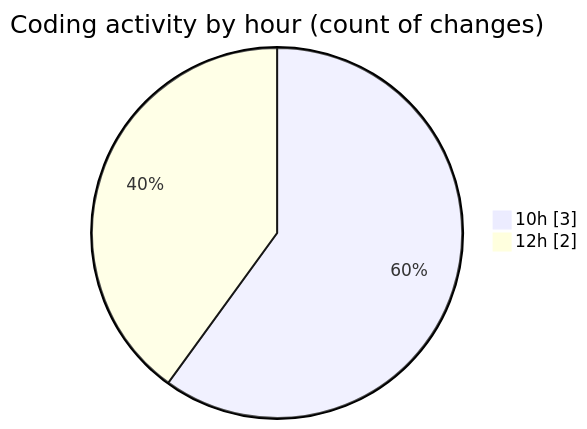
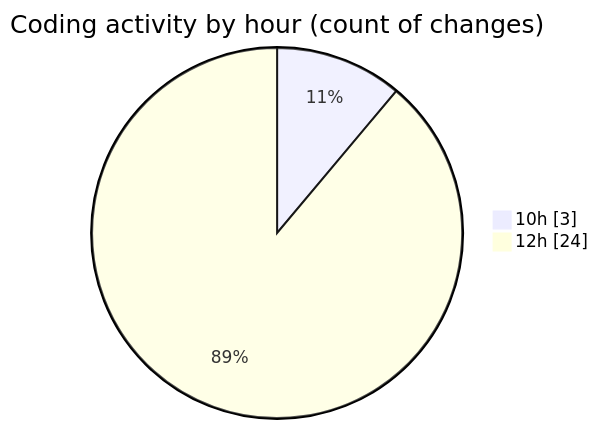
One commit to momahboobian/code-tracking changed the second of 2 diagrams in 2026-10-07/cda/README.md. Above: the diagram before and after it, drawn with Mermaid. The commit also changed other lines of this file and 1 other file, not shown here.

````diff
--- a/2026-10-07/cda/README.md
+++ b/2026-10-07/cda/README.md
@@ -31,6 +56,6 @@
 ```mermaid
 pie showData
 title Coding activity by hour (count of changes)
 "10h" : 3
-"12h" : 2
+"12h" : 24
 ```
````
